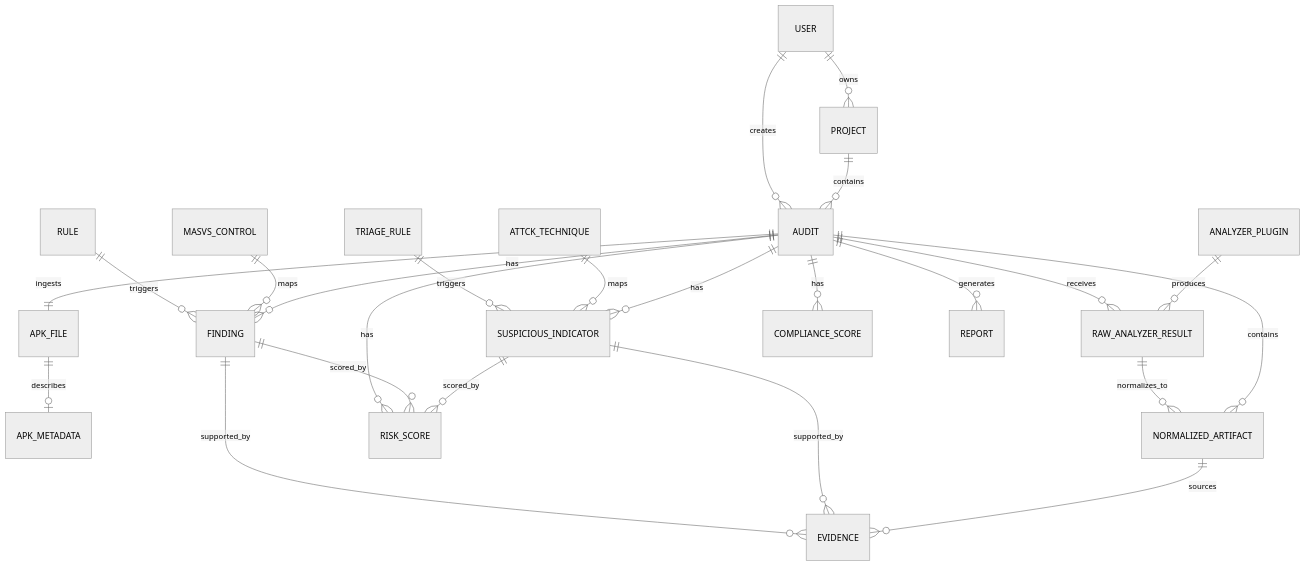
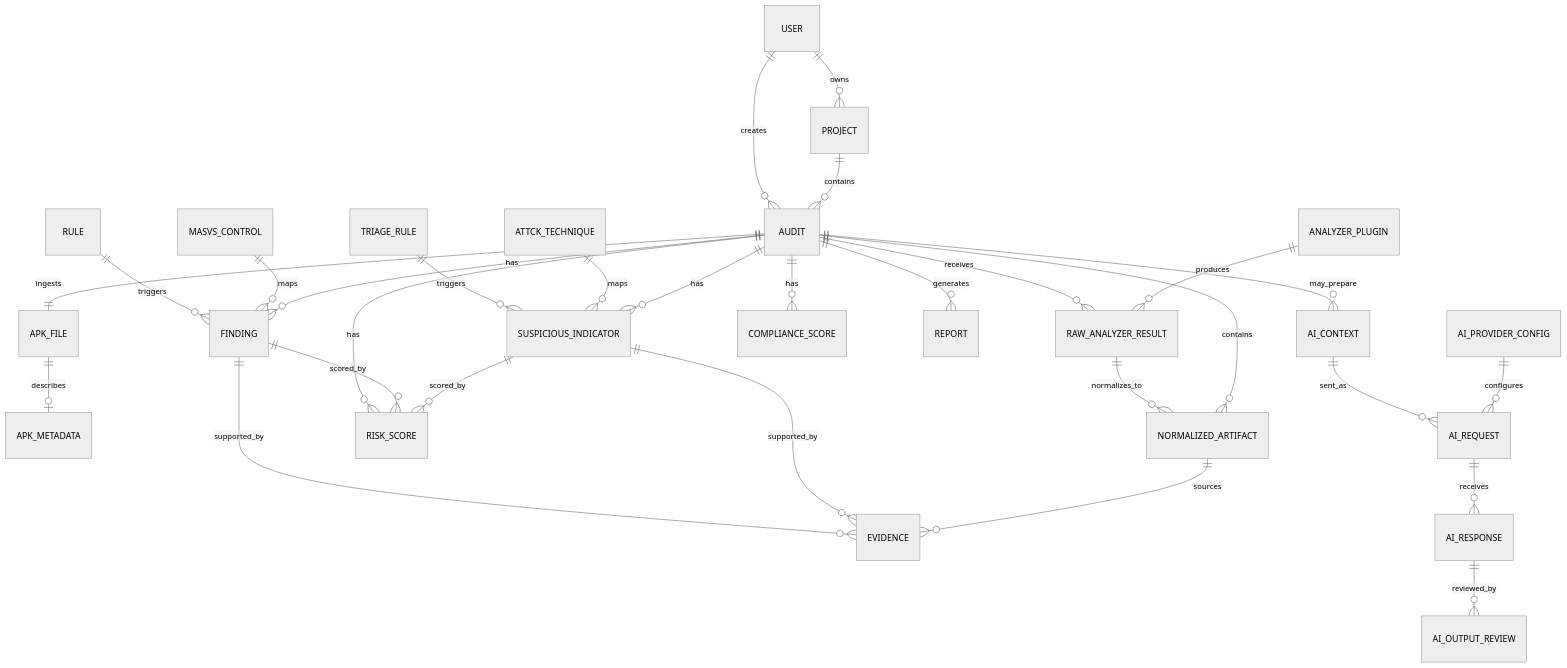
The diagram in docs/04_Design/07_Data_Model.md (nine11-tech/MSAP), drawn with Mermaid (neutral theme) before and after one commit. The commit also changed other lines of this file and 33 other files, not shown here.

````diff
--- a/docs/04_Design/07_Data_Model.md
+++ b/docs/04_Design/07_Data_Model.md
@@ -155,26 +155,31 @@
 ```mermaid
 erDiagram
     USER ||--o{ PROJECT : owns
     USER ||--o{ AUDIT : creates
     PROJECT ||--o{ AUDIT : contains
     AUDIT ||--|| APK_FILE : ingests
     APK_FILE ||--o| APK_METADATA : describes
     AUDIT ||--o{ RAW_ANALYZER_RESULT : receives
     ANALYZER_PLUGIN ||--o{ RAW_ANALYZER_RESULT : produces
     RAW_ANALYZER_RESULT ||--o{ NORMALIZED_ARTIFACT : normalizes_to
     AUDIT ||--o{ NORMALIZED_ARTIFACT : contains
     RULE ||--o{ FINDING : triggers
     MASVS_CONTROL ||--o{ FINDING : maps
     TRIAGE_RULE ||--o{ SUSPICIOUS_INDICATOR : triggers
     ATTCK_TECHNIQUE ||--o{ SUSPICIOUS_INDICATOR : maps
     AUDIT ||--o{ FINDING : has
     AUDIT ||--o{ SUSPICIOUS_INDICATOR : has
     FINDING ||--o{ EVIDENCE : supported_by
     SUSPICIOUS_INDICATOR ||--o{ EVIDENCE : supported_by
     NORMALIZED_ARTIFACT ||--o{ EVIDENCE : sources
     AUDIT ||--o{ RISK_SCORE : has
     FINDING ||--o{ RISK_SCORE : scored_by
     SUSPICIOUS_INDICATOR ||--o{ RISK_SCORE : scored_by
     AUDIT ||--o{ COMPLIANCE_SCORE : has
     AUDIT ||--o{ REPORT : generates
+    AUDIT ||--o{ AI_CONTEXT : may_prepare
+    AI_CONTEXT ||--o{ AI_REQUEST : sent_as
+    AI_REQUEST ||--o{ AI_RESPONSE : receives
+    AI_RESPONSE ||--o{ AI_OUTPUT_REVIEW : reviewed_by
+    AI_PROVIDER_CONFIG ||--o{ AI_REQUEST : configures
 ```
````
